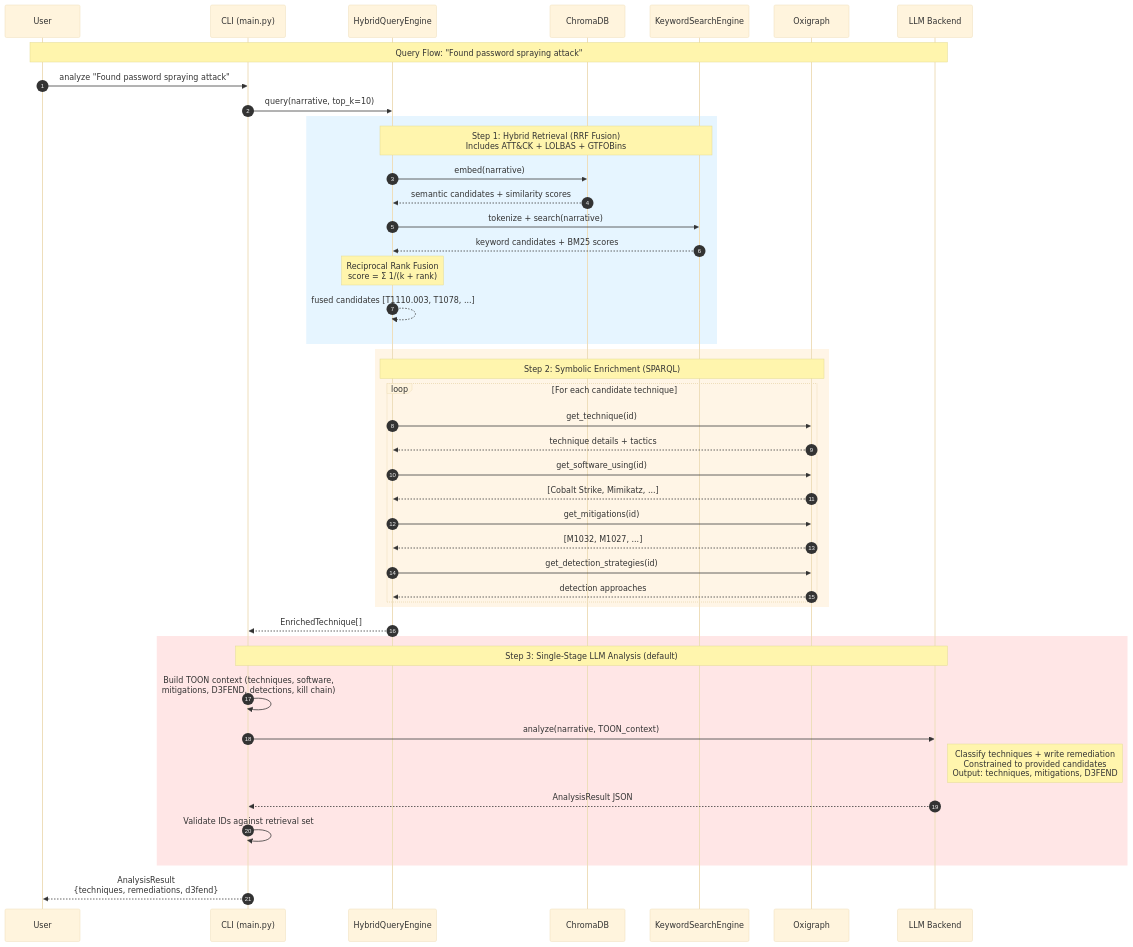
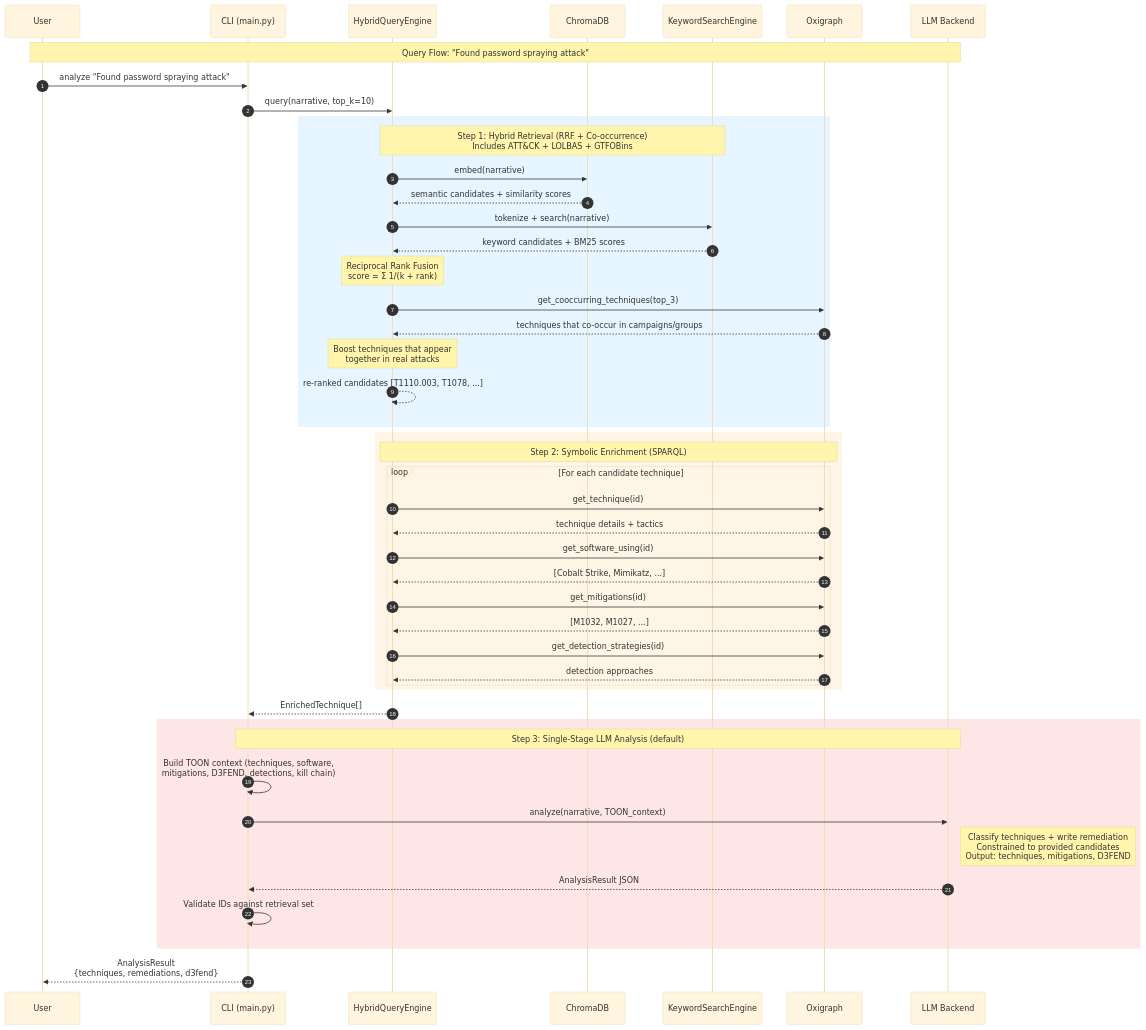
Before and after one commit to jackwillis/attack-kg: the diagram in docs/architecture/data-flow.mmd, drawn with Mermaid. The commit also changed 4 other files, not shown here.

First line of the commit message:
Add co-occurrence inductive bias to retrieval pipeline

```diff
--- a/docs/architecture/data-flow.mmd
+++ b/docs/architecture/data-flow.mmd
@@ -1,53 +1,56 @@
 %%{init: {'theme': 'base'}}%%
 
 sequenceDiagram
     autonumber
     participant User
     participant CLI as CLI (main.py)
     participant Hybrid as HybridQueryEngine
     participant Vectors as ChromaDB
     participant BM25 as KeywordSearchEngine
     participant Graph as Oxigraph
     participant LLM as LLM Backend
 
     Note over User,LLM: Query Flow: "Found password spraying attack"
 
     User->>CLI: analyze "Found password spraying attack"
     CLI->>Hybrid: query(narrative, top_k=10)
 
     rect rgb(230, 245, 255)
-        Note over Hybrid,BM25: Step 1: Hybrid Retrieval (RRF Fusion)<br/>Includes ATT&CK + LOLBAS + GTFOBins
+        Note over Hybrid,BM25: Step 1: Hybrid Retrieval (RRF + Co-occurrence)<br/>Includes ATT&CK + LOLBAS + GTFOBins
         Hybrid->>Vectors: embed(narrative)
         Vectors-->>Hybrid: semantic candidates + similarity scores
         Hybrid->>BM25: tokenize + search(narrative)
         BM25-->>Hybrid: keyword candidates + BM25 scores
         Note over Hybrid: Reciprocal Rank Fusion<br/>score = Σ 1/(k + rank)
-        Hybrid-->>Hybrid: fused candidates [T1110.003, T1078, ...]
+        Hybrid->>Graph: get_cooccurring_techniques(top_3)
+        Graph-->>Hybrid: techniques that co-occur in campaigns/groups
+        Note over Hybrid: Boost techniques that appear<br/>together in real attacks
+        Hybrid-->>Hybrid: re-ranked candidates [T1110.003, T1078, ...]
     end
 
     rect rgb(255, 245, 230)
         Note over Hybrid,Graph: Step 2: Symbolic Enrichment (SPARQL)
         loop For each candidate technique
             Hybrid->>Graph: get_technique(id)
             Graph-->>Hybrid: technique details + tactics
             Hybrid->>Graph: get_software_using(id)
             Graph-->>Hybrid: [Cobalt Strike, Mimikatz, ...]
             Hybrid->>Graph: get_mitigations(id)
             Graph-->>Hybrid: [M1032, M1027, ...]
             Hybrid->>Graph: get_detection_strategies(id)
             Graph-->>Hybrid: detection approaches
         end
     end
 
     Hybrid-->>CLI: EnrichedTechnique[]
 
     rect rgb(255, 230, 230)
         Note over CLI,LLM: Step 3: Single-Stage LLM Analysis (default)
         CLI->>CLI: Build TOON context (techniques, software,<br/>mitigations, D3FEND, detections, kill chain)
         CLI->>LLM: analyze(narrative, TOON_context)
         Note right of LLM: Classify techniques + write remediation<br/>Constrained to provided candidates<br/>Output: techniques, mitigations, D3FEND
         LLM-->>CLI: AnalysisResult JSON
         CLI->>CLI: Validate IDs against retrieval set
     end
 
     CLI-->>User: AnalysisResult<br/>{techniques, remediations, d3fend}
```
